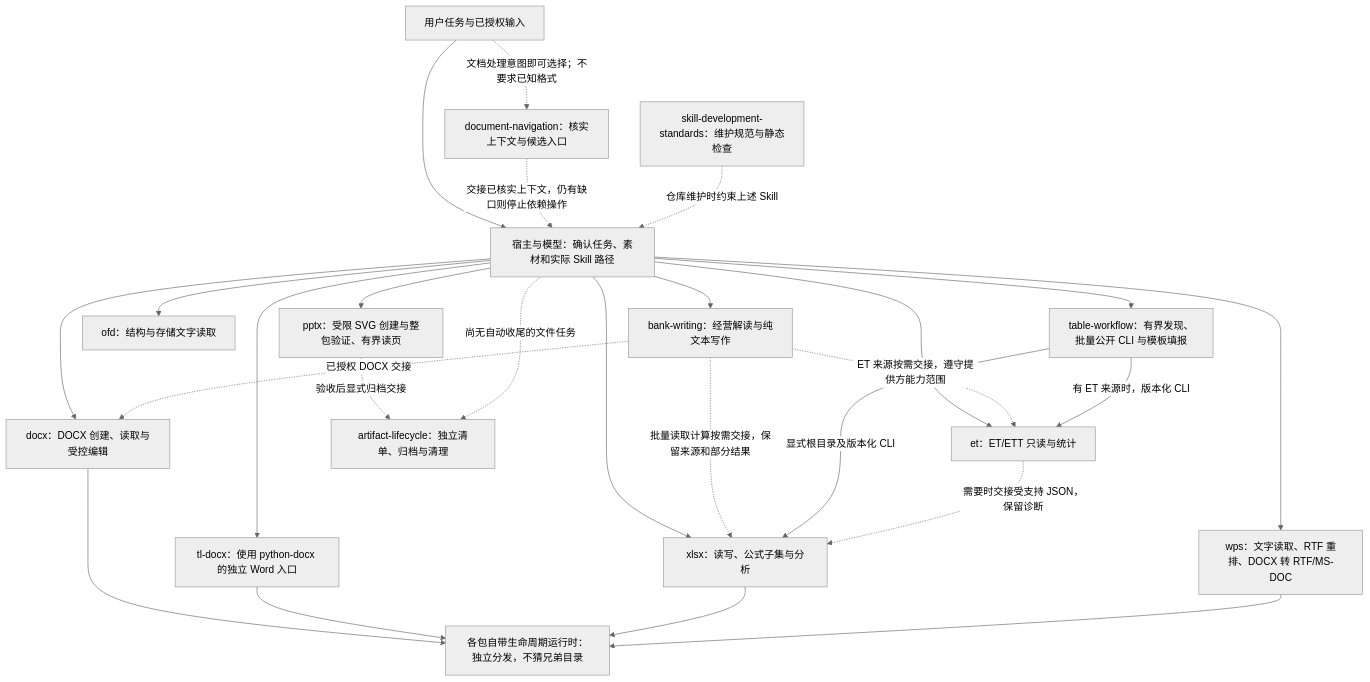
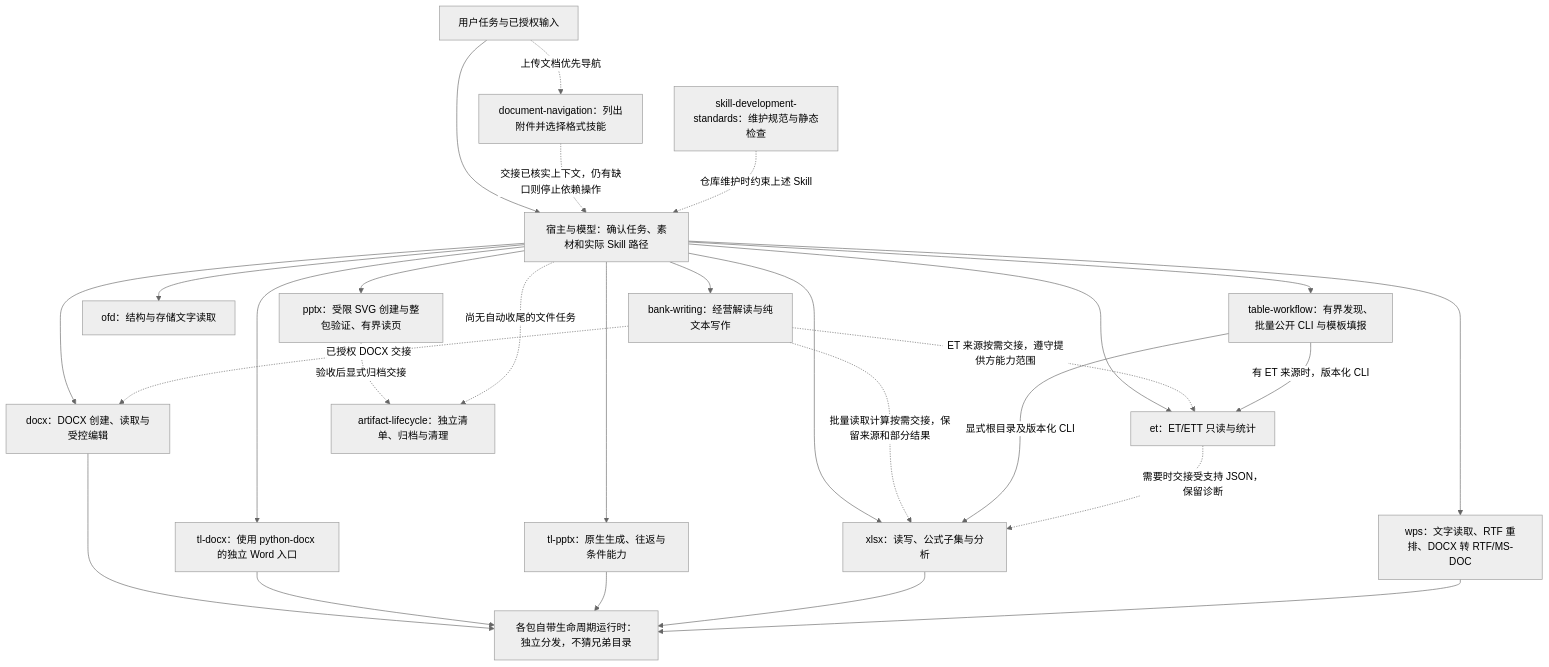
The first of 2 diagrams in docs/README.md (JohnParken/PSL-SKILLS), drawn with Mermaid (neutral theme) before and after one commit. The commit also changed other lines of this file and 5 other files, not shown here.

Commit message:
feat(navigation): route document uploads and register PPTX selection cases

````diff
--- a/docs/README.md
+++ b/docs/README.md
@@ -50,28 +51,30 @@
 ```mermaid
 flowchart TB
     U["用户任务与已授权输入"] --> H["宿主与模型：确认任务、素材和实际 Skill 路径"]
-    U -.->|"文档处理意图即可选择；不要求已知格式"| N["document-navigation：核实上下文与候选入口"]
+    U -.->|"上传文档优先导航"| N["document-navigation：列出附件并选择格式技能"]
     N -.->|"交接已核实上下文，仍有缺口则停止依赖操作"| H
     H --> B["bank-writing：经营解读与纯文本写作"]
     H --> D["docx：DOCX 创建、读取与受控编辑"]
     H --> TD["tl-docx：使用 python-docx 的独立 Word 入口"]
     H --> W["wps：文字读取、RTF 重排、DOCX 转 RTF/MS-DOC"]
     H --> X["xlsx：读写、公式子集与分析"]
     H --> E["et：ET/ETT 只读与统计"]
     H --> O["ofd：结构与存储文字读取"]
     H --> P["pptx：受限 SVG 创建与整包验证、有界读页"]
+    H --> TP["tl-pptx：原生生成、往返与条件能力"]
     H --> T["table-workflow：有界发现、批量公开 CLI 与模板填报"]
     B -.->|"已授权 DOCX 交接"| D
     B -.->|"批量读取计算按需交接，保留来源和部分结果"| X
     B -.->|"ET 来源按需交接，遵守提供方能力范围"| E
     T -->|"显式根目录及版本化 CLI"| X
     T -->|"有 ET 来源时，版本化 CLI"| E
     E -.->|"需要时交接受支持 JSON，保留诊断"| X
     P -.->|"验收后显式归档交接"| L["artifact-lifecycle：独立清单、归档与清理"]
     H -.->|"尚无自动收尾的文件任务"| L
     D --> R["各包自带生命周期运行时：独立分发，不猜兄弟目录"]
     TD --> R
+    TP --> R
     X --> R
     W --> R
     S["skill-development-standards：维护规范与静态检查"] -.->|"仓库维护时约束上述 Skill"| H
 ```
````
